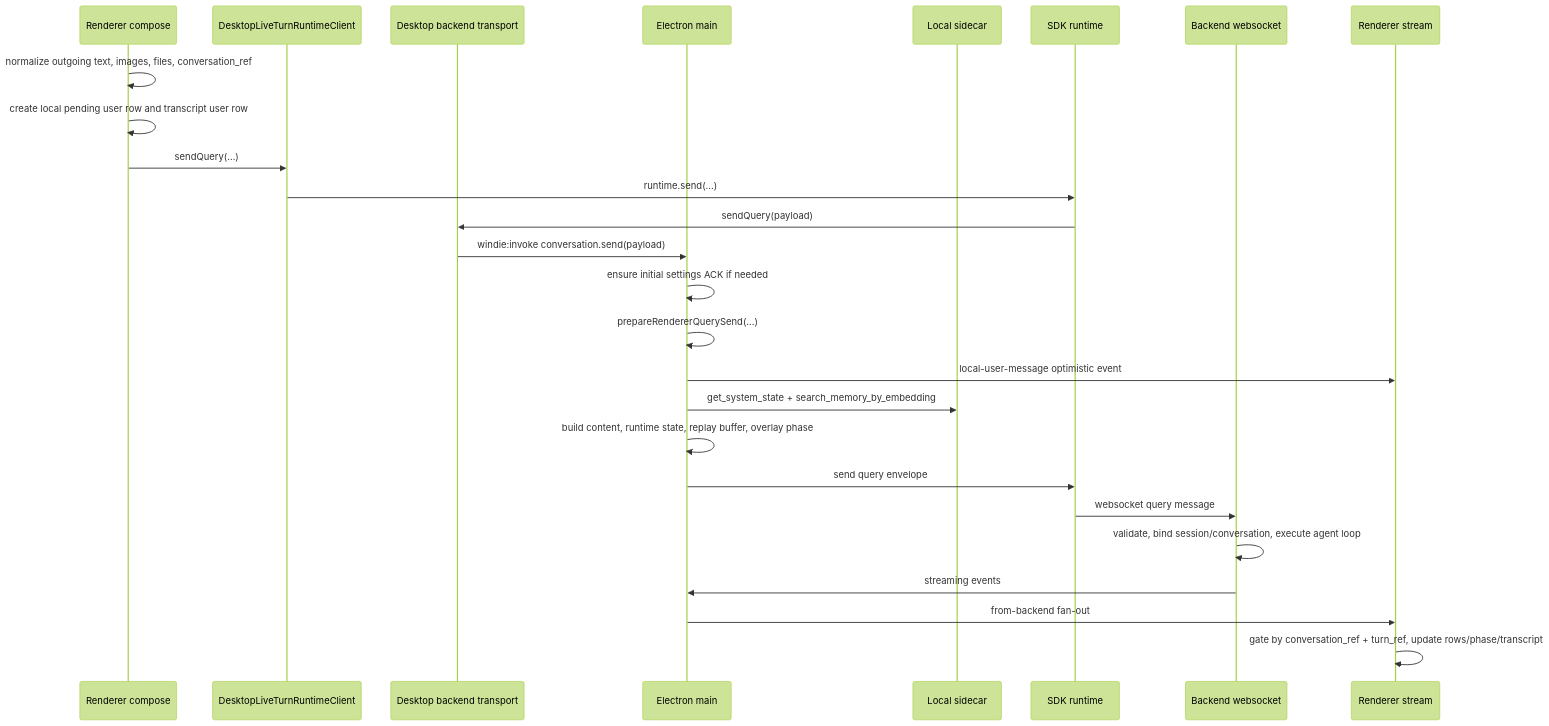
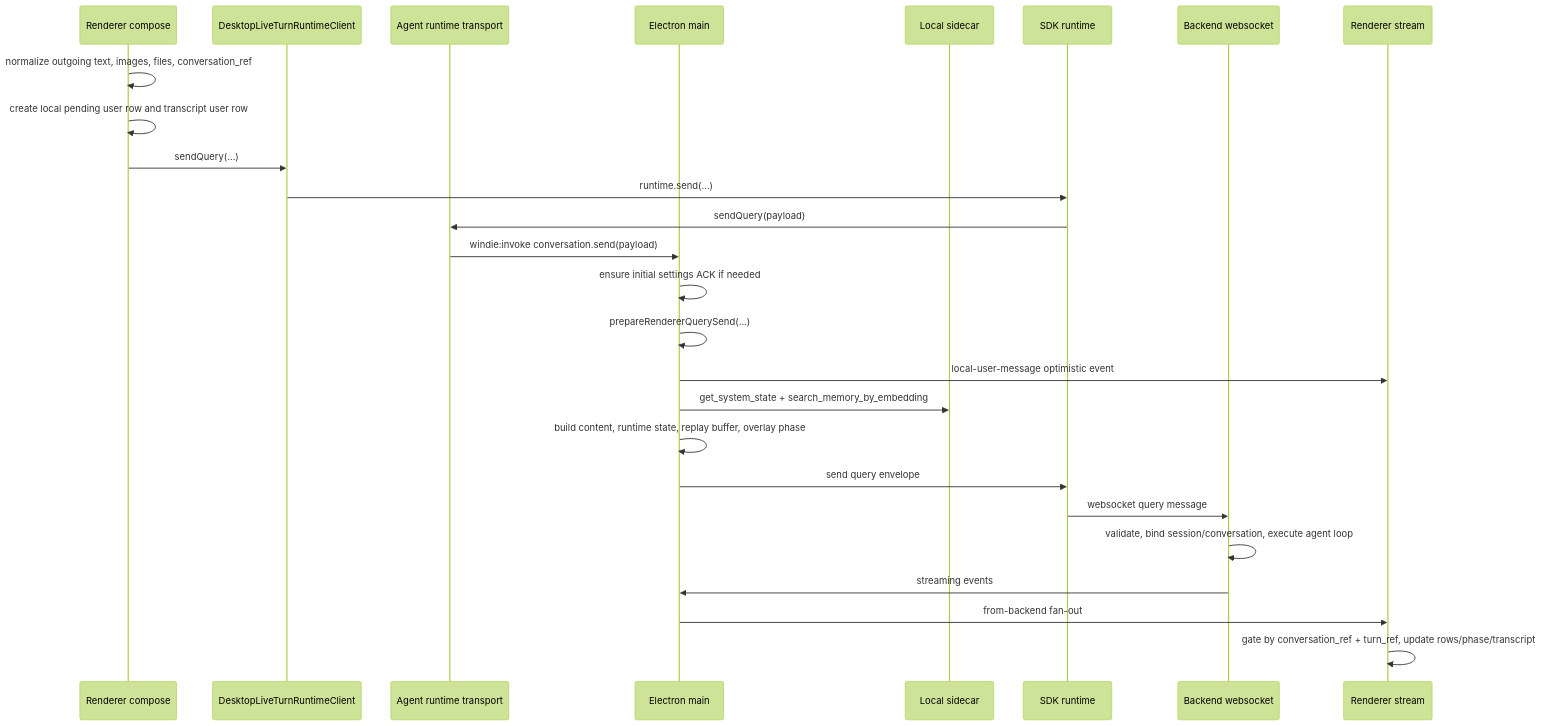
One commit to buiilding/My_Own_OpenClaw changed the diagram in docs/frontend/main/query_send_and_stream_relay_change_workflow.md. Above: the diagram before and after it, drawn with Mermaid (forest theme). The commit also changed other lines of this file and 39 other files, not shown here.

First line of the commit message:
refactor(renderer): rename agent runtime transport

````diff
--- a/docs/frontend/main/query_send_and_stream_relay_change_workflow.md
+++ b/docs/frontend/main/query_send_and_stream_relay_change_workflow.md
@@ -57,29 +57,29 @@
 ```mermaid
 sequenceDiagram
     participant R as Renderer compose
     participant A as DesktopLiveTurnRuntimeClient
-    participant T as Desktop backend transport
+    participant T as Agent runtime transport
     participant M as Electron main
     participant L as Local sidecar
     participant SDK as SDK runtime
     participant B as Backend websocket
     participant S as Renderer stream
 
     R->>R: normalize outgoing text, images, files, conversation_ref
     R->>R: create local pending user row and transcript user row
     R->>A: sendQuery(...)
     A->>SDK: runtime.send(...)
     SDK->>T: sendQuery(payload)
     T->>M: windie:invoke conversation.send(payload)
     M->>M: ensure initial settings ACK if needed
     M->>M: prepareRendererQuerySend(...)
     M->>S: local-user-message optimistic event
     M->>L: get_system_state + search_memory_by_embedding
     M->>M: build content, runtime state, replay buffer, overlay phase
     M->>SDK: send query envelope
     SDK->>B: websocket query message
     B->>B: validate, bind session/conversation, execute agent loop
     B->>M: streaming events
     M->>S: from-backend fan-out
     S->>S: gate by conversation_ref + turn_ref, update rows/phase/transcript
 ```
````
